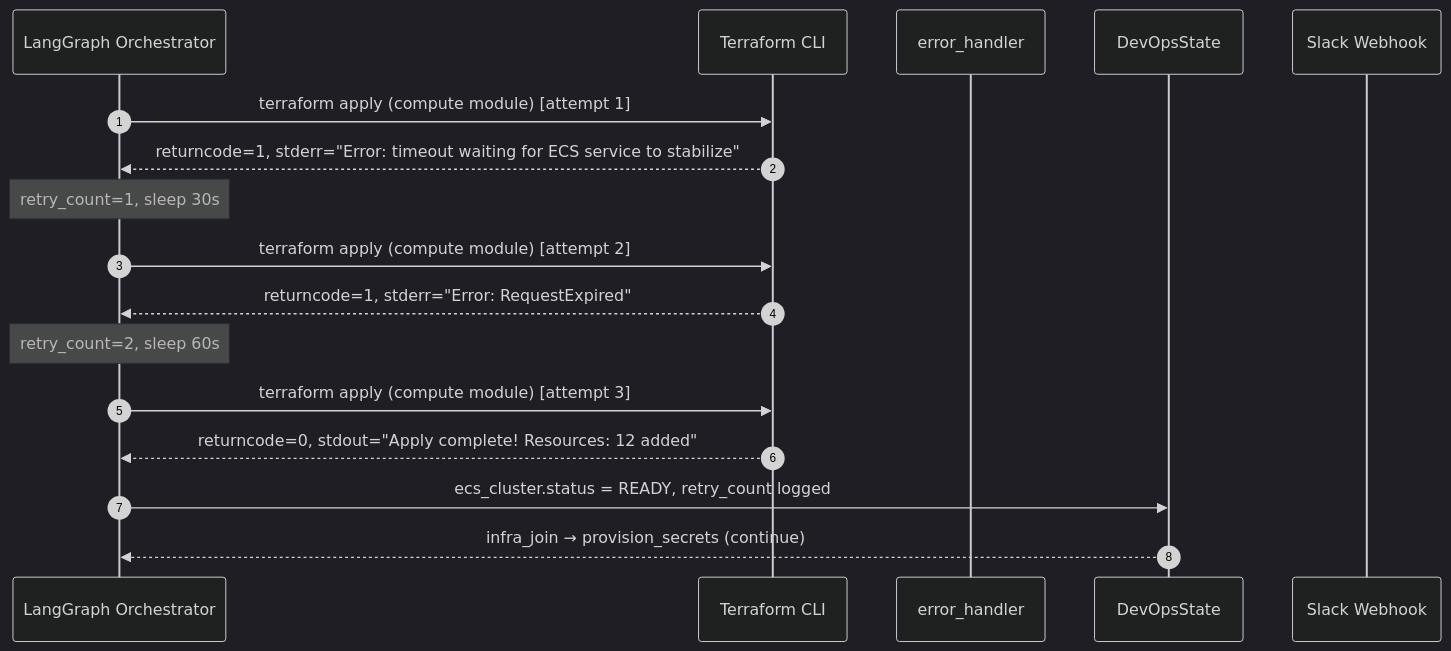
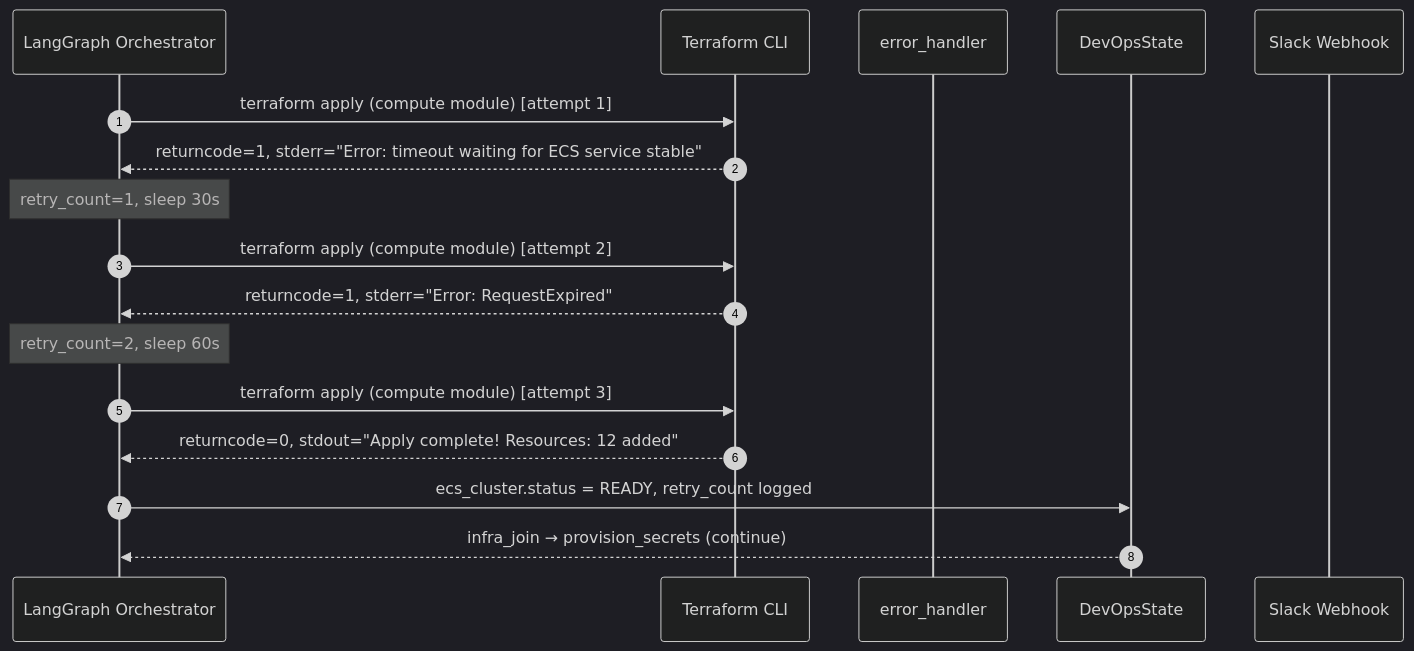
Before and after one commit to kaushraj1/AutoFounder: the second of 5 diagrams in docs/architecture/Agents-Architecture/devops-agent.md, drawn with Mermaid (dark theme). The commit also changed other lines of this file and 4 other files, not shown here.

Commit message:
Architect+DevOps LLD sync (ECS Fargate, Supabase, SQLAlchemy, FastAPI); rename tenant_id -> organization_id; add Pillar5 plan/dummy-input and learning-log

````diff
--- a/docs/architecture/Agents-Architecture/devops-agent.md
+++ b/docs/architecture/Agents-Architecture/devops-agent.md
@@ -1596,23 +1754,23 @@
 ```mermaid
 sequenceDiagram
     autonumber
     participant Graph as LangGraph Orchestrator
     participant TF    as Terraform CLI
     participant EH    as error_handler
     participant State as DevOpsState
     participant Slack as Slack Webhook
 
     Graph ->> TF: terraform apply (compute module) [attempt 1]
-    TF -->> Graph: returncode=1, stderr="Error: timeout waiting for ECS service to stabilize"
+    TF -->> Graph: returncode=1, stderr="Error: timeout waiting for ECS service stable"
 
     Note over Graph: retry_count=1, sleep 30s
     Graph ->> TF: terraform apply (compute module) [attempt 2]
     TF -->> Graph: returncode=1, stderr="Error: RequestExpired"
 
     Note over Graph: retry_count=2, sleep 60s
     Graph ->> TF: terraform apply (compute module) [attempt 3]
     TF -->> Graph: returncode=0, stdout="Apply complete! Resources: 12 added"
 
     Graph ->> State: ecs_cluster.status = READY, retry_count logged
     State -->> Graph: infra_join → provision_secrets (continue)
 ```
````
